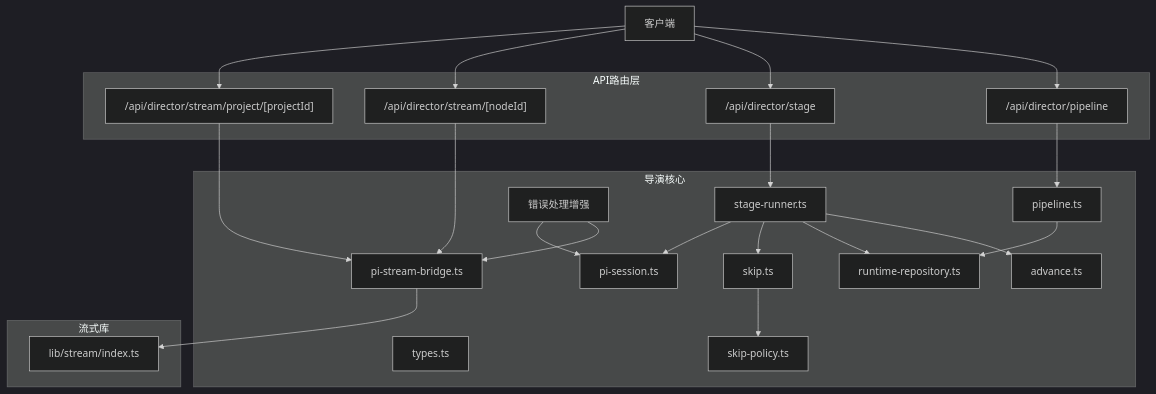
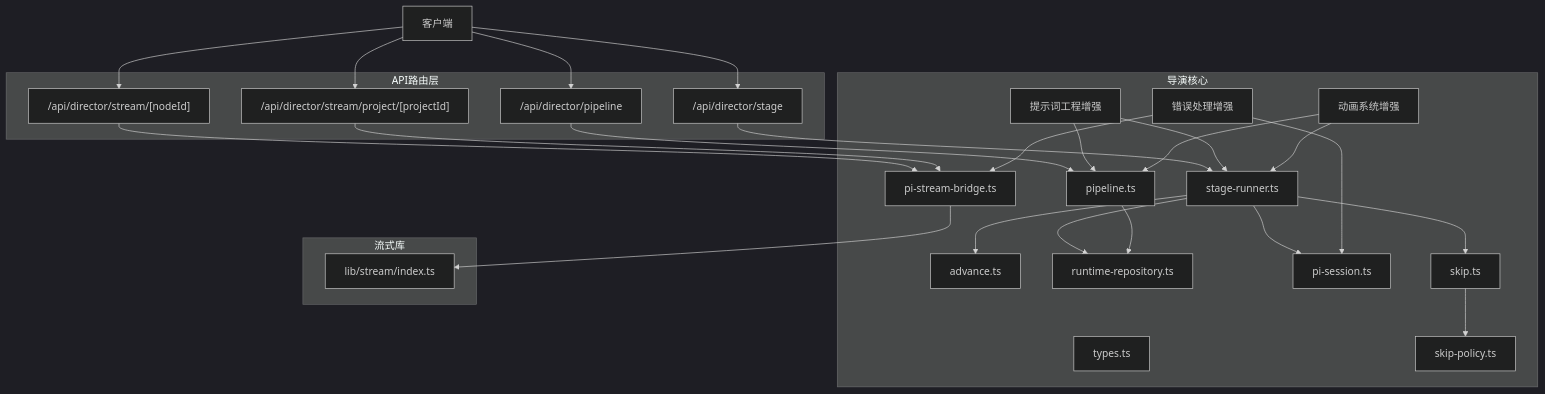
One commit to scottcwy/PurpleInk changed the first of 9 diagrams in .qoder/repowiki/zh/content/API参考/导演系统API/导演系统API.md. Above: the diagram before and after it, drawn with Mermaid (dark theme). The commit also changed other lines of this file and 23 other files, not shown here.

````diff
--- a/.qoder/repowiki/zh/content/API参考/导演系统API/导演系统API.md
+++ b/.qoder/repowiki/zh/content/API参考/导演系统API/导演系统API.md
@@ -52,41 +56,47 @@
 ```mermaid
 graph TB
 Client["客户端"] --> API_Pipeline["/api/director/pipeline"]
 Client --> API_Stage["/api/director/stage"]
 Client --> API_Stream_Node["/api/director/stream/[nodeId]"]
 Client --> API_Stream_Project["/api/director/stream/project/[projectId]"]
 subgraph "API路由层"
 API_Pipeline
 API_Stage
 API_Stream_Node
 API_Stream_Project
 end
 subgraph "导演核心"
 Pipeline["pipeline.ts"]
 StageRunner["stage-runner.ts"]
 Advance["advance.ts"]
 RuntimeRepo["runtime-repository.ts"]
 Types["types.ts"]
 StreamBridge["pi-stream-bridge.ts"]
 PiSession["pi-session.ts"]
 Skip["skip.ts"]
 SkipPolicy["skip-policy.ts"]
+PromptEngineering["提示词工程增强"]
 ErrorEnhancement["错误处理增强"]
+AnimationSystem["动画系统增强"]
 end
 subgraph "流式库"
 StreamLib["lib/stream/index.ts"]
 end
 API_Pipeline --> Pipeline
 API_Stage --> StageRunner
 API_Stream_Node --> StreamBridge
 API_Stream_Project --> StreamBridge
 StreamBridge --> StreamLib
 StageRunner --> Advance
 StageRunner --> RuntimeRepo
 StageRunner --> Skip
 StageRunner --> PiSession
 Skip --> SkipPolicy
 Pipeline --> RuntimeRepo
+PromptEngineering --> Pipeline
+PromptEngineering --> StageRunner
 ErrorEnhancement --> StreamBridge
 ErrorEnhancement --> PiSession
+AnimationSystem --> Pipeline
+AnimationSystem --> StageRunner
 ```
````
